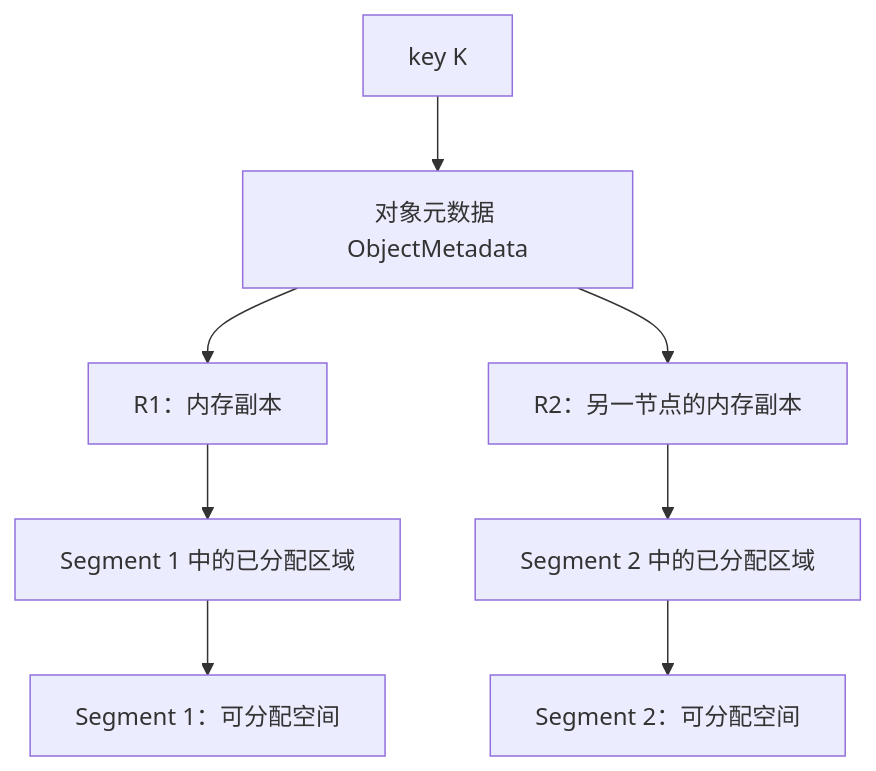
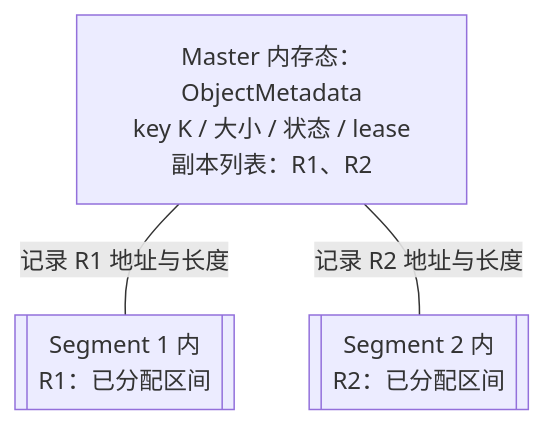
One commit to Hansyangxingxiang/Mooncake changed the first of 2 diagrams in mooncake-kv-cache-series/wechat/02-objects-and-replicas.md. Above: the diagram before and after it, drawn with Mermaid. The commit also changed other lines of this file and 66 other files, not shown here.

First line of the commit message:
[Docs] Refine WeChat KV cache diagrams and mobile publish artifacts

````diff
--- a/mooncake-kv-cache-series/wechat/02-objects-and-replicas.md
+++ b/mooncake-kv-cache-series/wechat/02-objects-and-replicas.md
@@ -34,10 +34,8 @@
 ```mermaid
 flowchart TB
-    K["key K"] --> O["对象元数据 ObjectMetadata"]
-    O --> R1["R1：内存副本"]
-    O --> R2["R2：另一节点的内存副本"]
-    R1 --> A1["Segment 1 中的已分配区域"]
-    R2 --> A2["Segment 2 中的已分配区域"]
-    A1 --> S1["Segment 1：可分配空间"]
-    A2 --> S2["Segment 2：可分配空间"]
+    OM["Master 内存态：ObjectMetadata<br/>key K / 大小 / 状态 / lease<br/>副本列表：R1、R2"]
+    R1[["Segment 1 内<br/>R1：已分配区间"]]
+    R2[["Segment 2 内<br/>R2：已分配区间"]]
+    OM ---|"记录 R1 地址与长度"| R1
+    OM ---|"记录 R2 地址与长度"| R2
 ```
````
